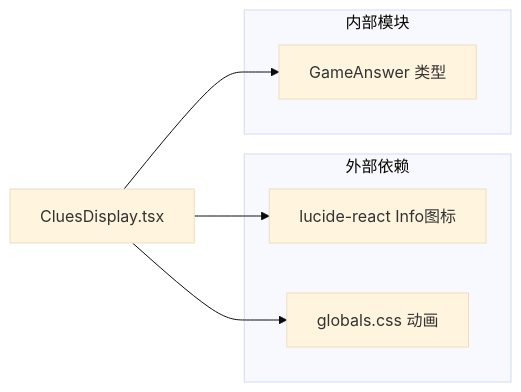
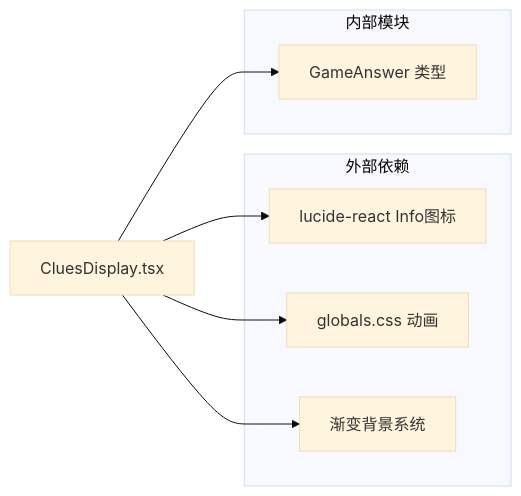
One commit to billychou/linkedin-answer changed the eighth of 9 diagrams in .qoder/repowiki/zh/content/核心功能模块/游戏组件系统/CluesDisplay 线索显示组件.md. Above: the diagram before and after it, drawn with Mermaid (base theme). The commit also changed other lines of this file and 10 other files, not shown here.

````diff
--- a/.qoder/repowiki/zh/content/核心功能模块/游戏组件系统/CluesDisplay 线索显示组件.md
+++ b/.qoder/repowiki/zh/content/核心功能模块/游戏组件系统/CluesDisplay 线索显示组件.md
@@ -237,13 +315,15 @@
 ```mermaid
 graph LR
 CD[CluesDisplay.tsx] --> LC[lucide-react Info图标]
 CD --> GT[GameAnswer 类型]
 CD --> GA[globals.css 动画]
+CD --> CG[渐变背景系统]
 subgraph "外部依赖"
 LC
 GA
+CG
 end
 subgraph "内部模块"
 GT
 end
 ```
````
